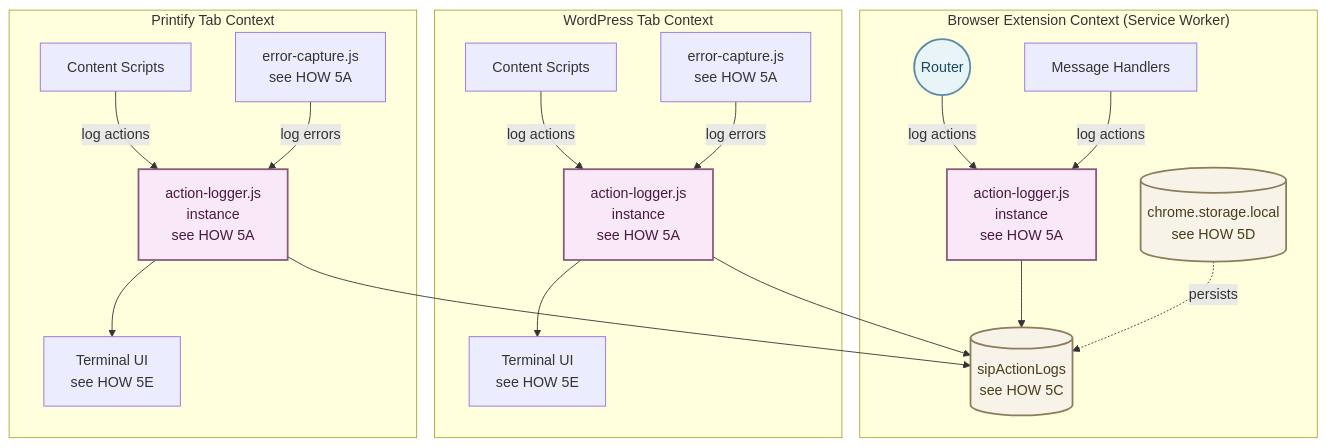
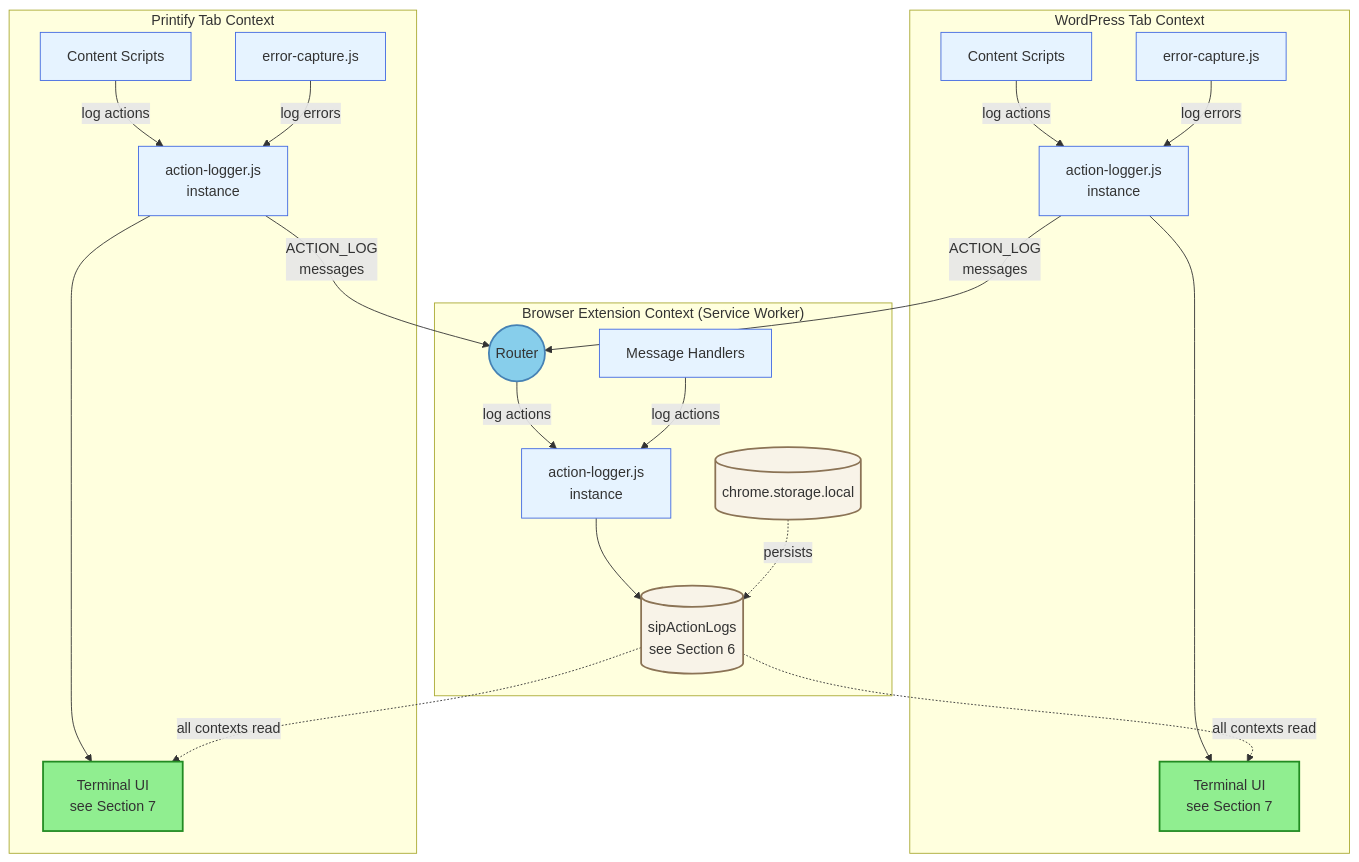
One commit to tdemelle-SiP/.claude changed the fourth of 6 diagrams in guidelines/sip-printify-manager-extension-guidelines-v2.md. Above: the diagram before and after it, drawn with Mermaid. The commit also changed other lines of this file, not shown here.

````diff
--- a/guidelines/sip-printify-manager-extension-guidelines-v2.md
+++ b/guidelines/sip-printify-manager-extension-guidelines-v2.md
@@ -458,47 +489,53 @@
 ```mermaid
 graph TD
   subgraph "Browser Extension Context (Service Worker)"
     Router((Router))
     Handlers[Message Handlers]
-    Storage[(chrome.storage.local<br/>see HOW 5D)]
-    ActionLog[(sipActionLogs<br/>see HOW 5C)]
+    Storage[(chrome.storage.local)]
+    ActionLog[(sipActionLogs<br/>see Section 6)]
     
-    Router --> |log actions| AL_SW[action-logger.js<br/>instance<br/>see HOW 5A]
+    Router --> |log actions| AL_SW[action-logger.js<br/>instance]
     Handlers --> |log actions| AL_SW
     AL_SW --> ActionLog
     Storage -. persists .-> ActionLog
   end
   
   subgraph "WordPress Tab Context"
     WPScripts[Content Scripts]
-    WPError[error-capture.js<br/>see HOW 5A]
-    AL_WP[action-logger.js<br/>instance<br/>see HOW 5A]
-    Terminal1[Terminal UI<br/>see HOW 5E]
+    WPError[error-capture.js]
+    AL_WP[action-logger.js<br/>instance]
+    Terminal1[Terminal UI<br/>see Section 7]
     
     WPScripts --> |log actions| AL_WP
     WPError --> |log errors| AL_WP
-    AL_WP --> ActionLog
+    AL_WP -->|ACTION_LOG<br/>messages| Router
     AL_WP --> Terminal1
   end
   
   subgraph "Printify Tab Context"
     PScripts[Content Scripts]
-    PError[error-capture.js<br/>see HOW 5A]
-    AL_P[action-logger.js<br/>instance<br/>see HOW 5A]
-    Terminal2[Terminal UI<br/>see HOW 5E]
+    PError[error-capture.js]
+    AL_P[action-logger.js<br/>instance]
+    Terminal2[Terminal UI<br/>see Section 7]
     
     PScripts --> |log actions| AL_P
     PError --> |log errors| AL_P
-    AL_P --> ActionLog
+    AL_P -->|ACTION_LOG<br/>messages| Router
     AL_P --> Terminal2
   end
   
+  %% Cross-context log sharing
+  ActionLog -.->|all contexts read| Terminal1
+  ActionLog -.->|all contexts read| Terminal2
+  
   %% Apply styles to match main architecture
-  classDef routerStyle fill:#e8f4f8,stroke:#5a8ca8,stroke-width:2px,color:#1a4a5c
-  classDef storageStyle fill:#f8f3e8,stroke:#8a7d5a,stroke-width:2px,color:#4a3d1a
-  classDef loggerStyle fill:#f8e8f8,stroke:#8a5a7d,stroke-width:2px,color:#4a1a3d
+  classDef userFacingStyle fill:#90EE90,stroke:#228B22,stroke-width:2px
+  classDef routerStyle fill:#87CEEB,stroke:#4682B4,stroke-width:2px
+  classDef scriptStyle fill:#E6F3FF,stroke:#4169E1,stroke-width:1px
+  classDef storageStyle fill:#F8F3E8,stroke:#8B7355,stroke-width:2px
   
+  class Terminal1,Terminal2 userFacingStyle
   class Router routerStyle
+  class WPScripts,PScripts,WPError,PError,AL_SW,AL_WP,AL_P,Handlers scriptStyle
   class Storage,ActionLog storageStyle
-  class AL_SW,AL_WP,AL_P loggerStyle
 ```
````
